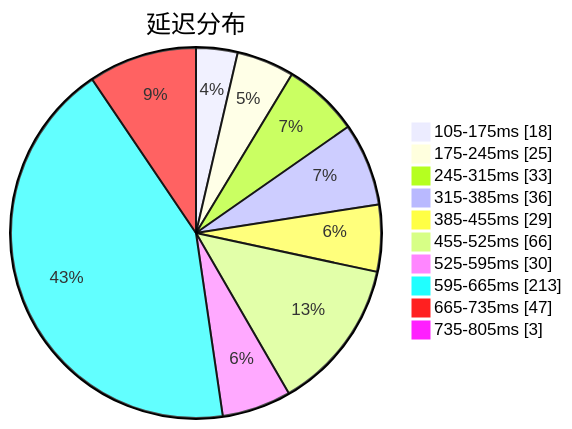
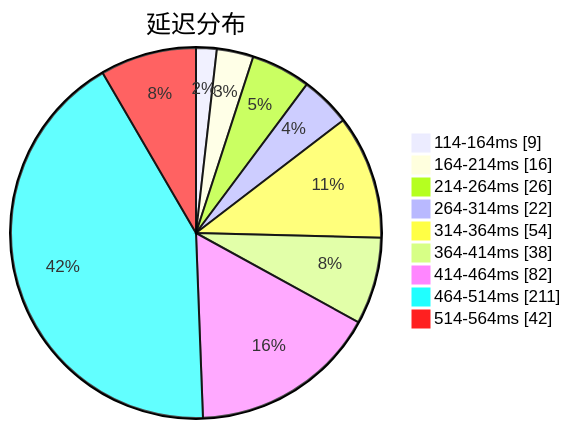
The first of 3 diagrams in subs/statistics/tested_within.md (sinspired/airport), drawn with Mermaid before and after one commit. The commit also changed other lines of this file and 2 other files, not shown here.

````diff
--- a/subs/statistics/tested_within.md
+++ b/subs/statistics/tested_within.md
@@ -2,14 +2,13 @@
 ```mermaid
 pie showData
 title 延迟分布
-"105-175ms" : 18
-"175-245ms" : 25
-"245-315ms" : 33
-"315-385ms" : 36
-"385-455ms" : 29
-"455-525ms" : 66
-"525-595ms" : 30
-"595-665ms" : 213
-"665-735ms" : 47
-"735-805ms" : 3
+"114-164ms" : 9
+"164-214ms" : 16
+"214-264ms" : 26
+"264-314ms" : 22
+"314-364ms" : 54
+"364-414ms" : 38
+"414-464ms" : 82
+"464-514ms" : 211
+"514-564ms" : 42
 ```
````
